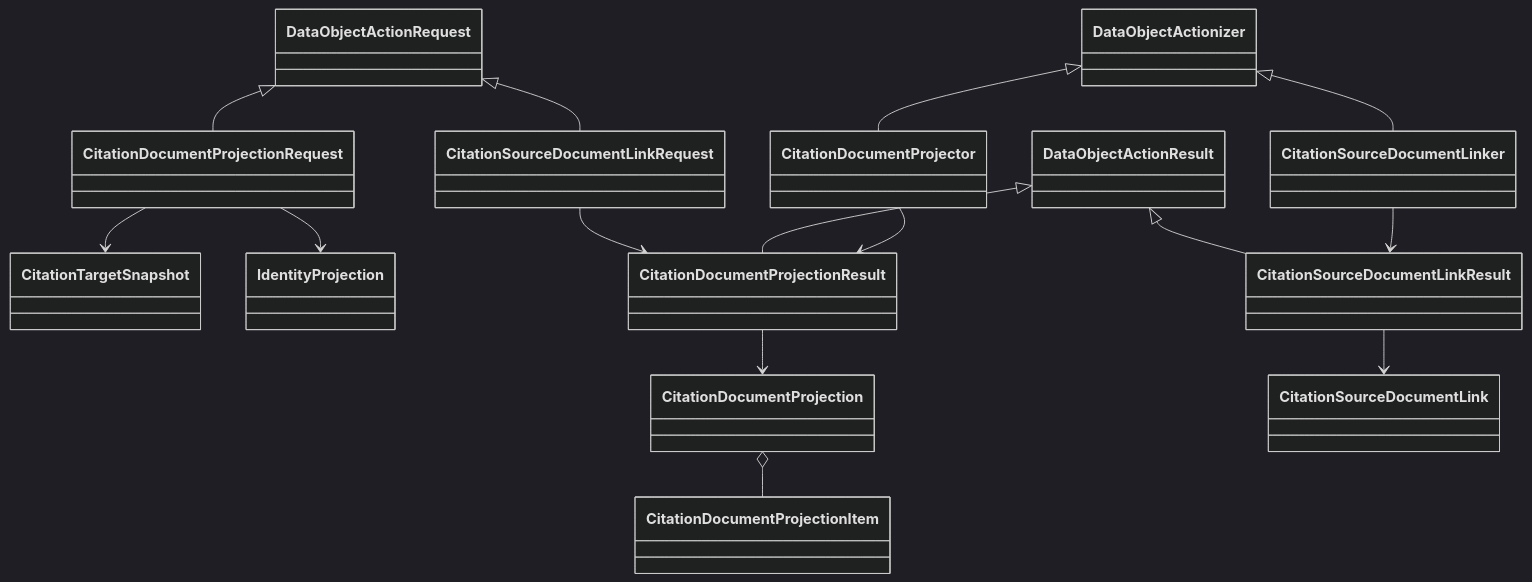
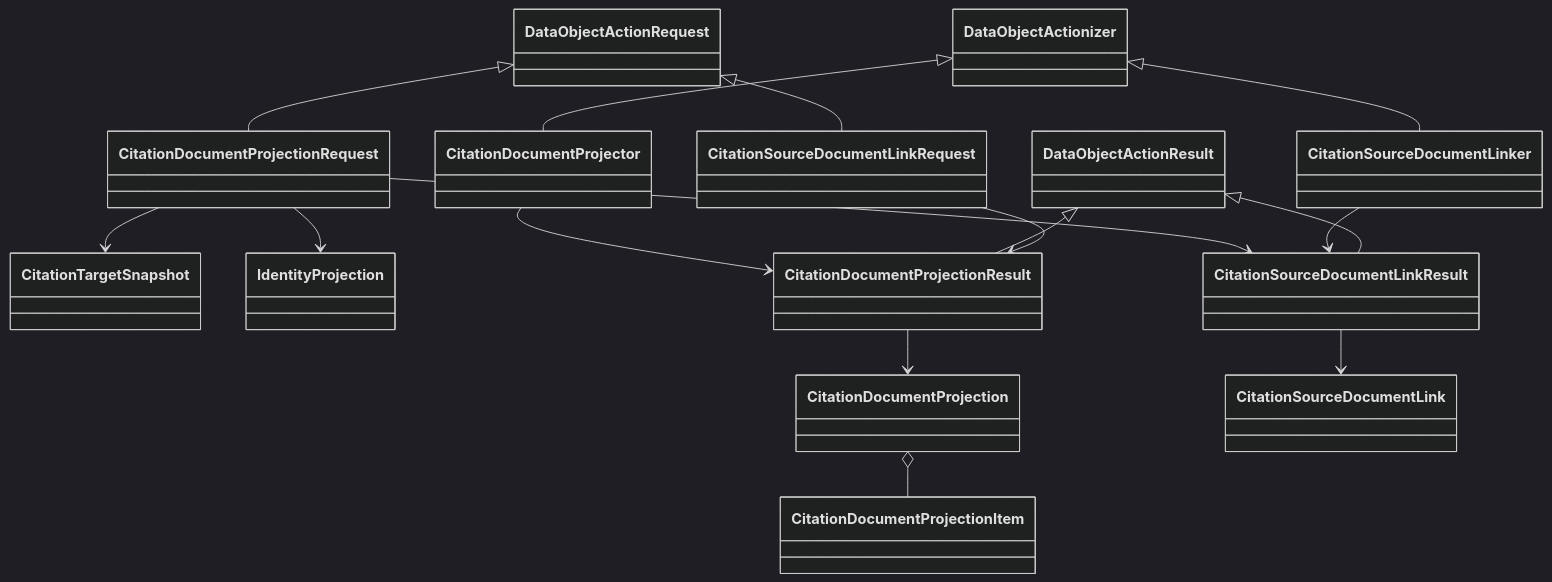
The diagram in docs/architecture/projectkoios/references/citation_document/schematic.md (eragasa/projectkoios-references), drawn with Mermaid (dark theme) before and after one commit. The commit also changed 20 other files, not shown here.

Commit message:
Harden citation document replay and bounds

````diff
--- a/docs/architecture/projectkoios/references/citation_document/schematic.md
+++ b/docs/architecture/projectkoios/references/citation_document/schematic.md
@@ -3,33 +3,34 @@
 ```mermaid
 classDiagram
     class DataObjectActionRequest
     class DataObjectActionResult
     class DataObjectActionizer
     class CitationTargetSnapshot
     class IdentityProjection
     class CitationDocumentProjectionRequest
     class CitationDocumentProjection
     class CitationDocumentProjectionItem
     class CitationDocumentProjectionResult
     class CitationDocumentProjector
     class CitationSourceDocumentLinkRequest
     class CitationSourceDocumentLink
     class CitationSourceDocumentLinkResult
     class CitationSourceDocumentLinker
 
     DataObjectActionRequest <|-- CitationDocumentProjectionRequest
     CitationDocumentProjectionRequest --> CitationTargetSnapshot
     CitationDocumentProjectionRequest --> IdentityProjection
+    CitationDocumentProjectionRequest --> CitationSourceDocumentLinkResult
     CitationDocumentProjector --> CitationDocumentProjectionResult
     DataObjectActionizer <|-- CitationDocumentProjector
     DataObjectActionResult <|-- CitationDocumentProjectionResult
     CitationDocumentProjectionResult --> CitationDocumentProjection
     CitationDocumentProjection o-- CitationDocumentProjectionItem
 
     DataObjectActionRequest <|-- CitationSourceDocumentLinkRequest
     CitationSourceDocumentLinkRequest --> CitationDocumentProjectionResult
     CitationSourceDocumentLinker --> CitationSourceDocumentLinkResult
     DataObjectActionizer <|-- CitationSourceDocumentLinker
     DataObjectActionResult <|-- CitationSourceDocumentLinkResult
     CitationSourceDocumentLinkResult --> CitationSourceDocumentLink
 ```
````
